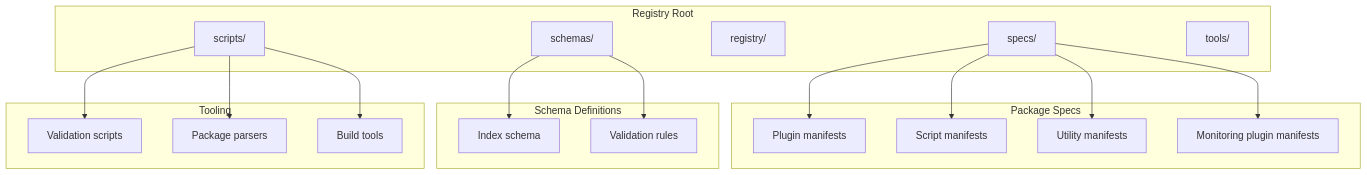
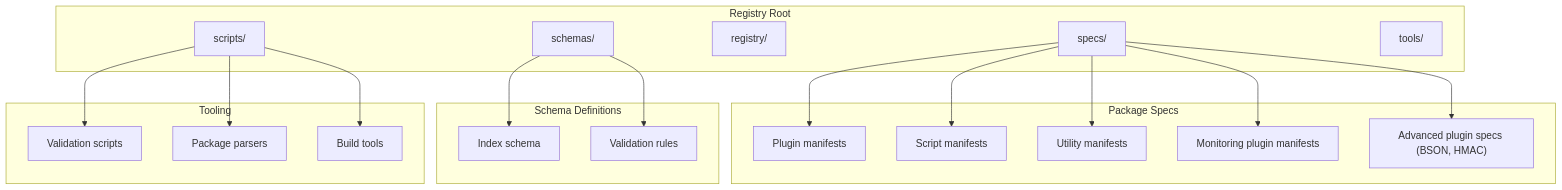
The first of 3 diagrams in .qoder/repowiki/en/content/Package Development Guide/Package Development Guide.md (tonythethompson/numan-registry), drawn with Mermaid before and after one commit. The commit also changed other lines of this file and 37 other files, not shown here.

Commit message:
Add CLAUDE.md, expand backlog schema, update docs

````diff
--- a/.qoder/repowiki/en/content/Package Development Guide/Package Development Guide.md
+++ b/.qoder/repowiki/en/content/Package Development Guide/Package Development Guide.md
@@ -53,34 +59,36 @@
 ```mermaid
 graph TB
 subgraph "Registry Root"
 specs["specs/"]
 schemas["schemas/"]
 registry["registry/"]
 scripts["scripts/"]
 tools["tools/"]
 end
 subgraph "Package Specs"
 plugin_specs["Plugin manifests"]
 script_specs["Script manifests"]
 utility_specs["Utility manifests"]
 monitoring_specs["Monitoring plugin manifests"]
+advanced_specs["Advanced plugin specs (BSON, HMAC)"]
 end
 subgraph "Schema Definitions"
 index_schema["Index schema"]
 validation_rules["Validation rules"]
 end
 subgraph "Tooling"
 validators["Validation scripts"]
 parsers["Package parsers"]
 builders["Build tools"]
 end
 specs --> plugin_specs
 specs --> script_specs
 specs --> utility_specs
 specs --> monitoring_specs
+specs --> advanced_specs
 schemas --> index_schema
 schemas --> validation_rules
 scripts --> validators
 scripts --> parsers
 scripts --> builders
 ```
````
